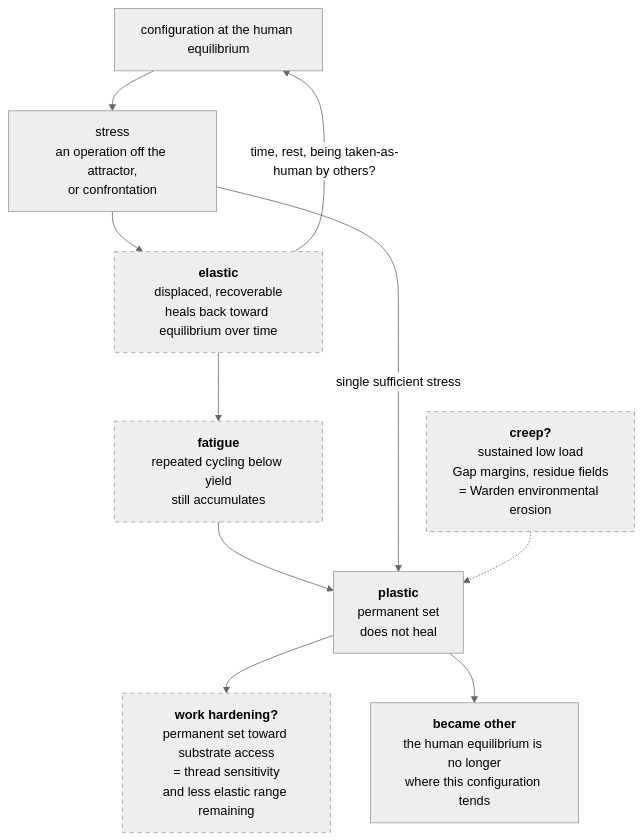
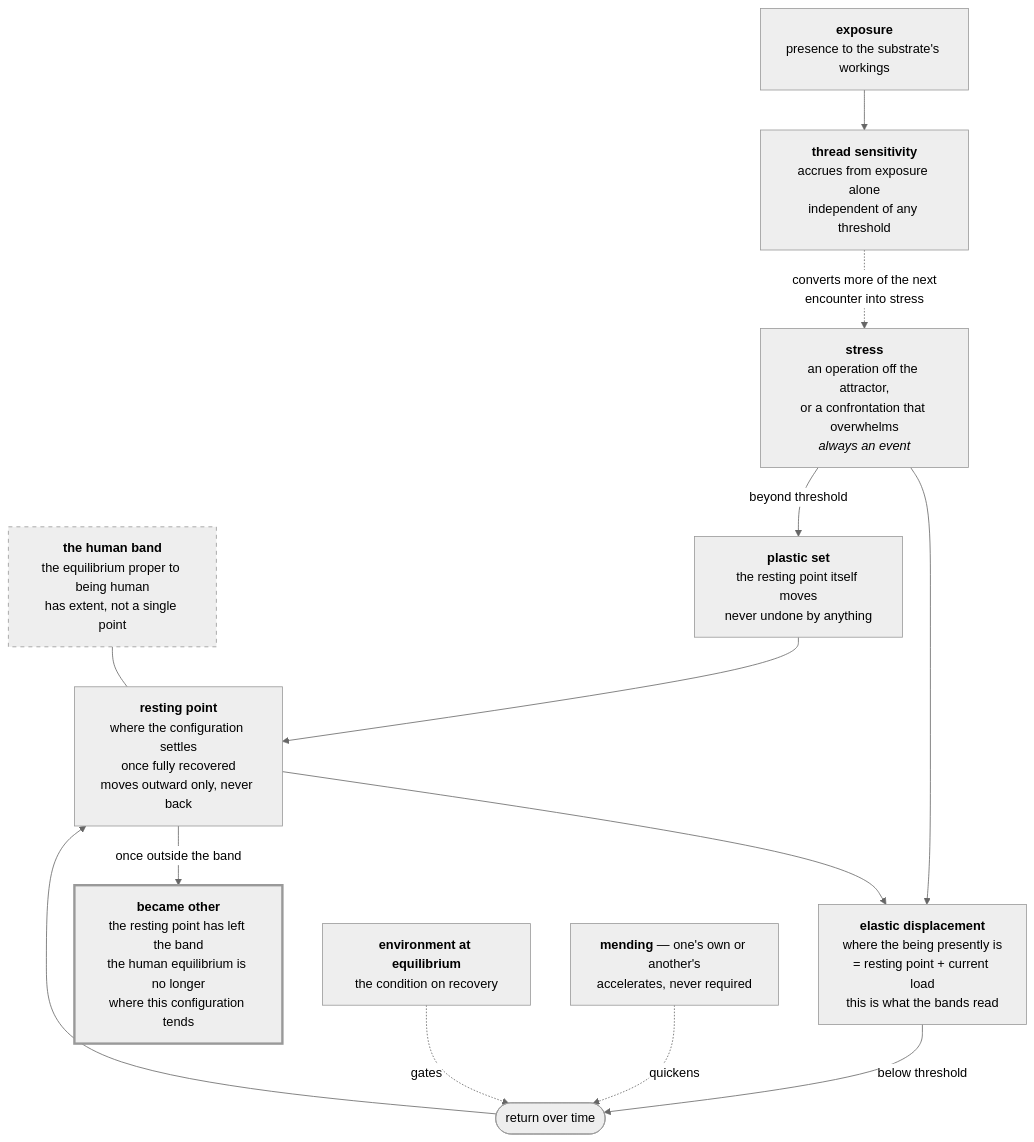
The fifth of 8 diagrams in canon/philosophy/DIAGRAM.md (jordanelias/ttrpg), drawn with Mermaid (neutral theme) before and after one commit. The commit also changed other lines of this file and 5 other files, not shown here.

````diff
--- a/canon/philosophy/DIAGRAM.md
+++ b/canon/philosophy/DIAGRAM.md
@@ -145,24 +147,30 @@
 ```mermaid
 flowchart TD
-    E0["configuration at the human equilibrium"]
-    STR["stress<br/>an operation off the attractor,<br/>or confrontation"]
-    EL["<b>elastic</b><br/>displaced, recoverable<br/>heals back toward equilibrium over time"]
-    FAT["<b>fatigue</b><br/>repeated cycling below yield<br/>still accumulates"]
-    PL["<b>plastic</b><br/>permanent set<br/>does not heal"]
-    WH["<b>work hardening?</b><br/>permanent set toward substrate access<br/>= thread sensitivity<br/>and less elastic range remaining"]
-    CR["<b>creep?</b><br/>sustained low load<br/>Gap margins, residue fields<br/>= Warden environmental erosion"]
-    OTH["<b>became other</b><br/>the human equilibrium is no longer<br/>where this configuration tends"]
+    BAND["<b>the human band</b><br/>the equilibrium proper to being human<br/>has extent, not a single point"]
+    Z["<b>resting point</b><br/>where the configuration settles<br/>once fully recovered<br/>moves outward only, never back"]
+    STR["<b>stress</b><br/>an operation off the attractor,<br/>or a confrontation that overwhelms<br/><i>always an event</i>"]
+    EL["<b>elastic displacement</b><br/>where the being presently is<br/>= resting point + current load<br/>this is what the bands read"]
+    PL["<b>plastic set</b><br/>the resting point itself moves<br/>never undone by anything"]
+    OTH["<b>became other</b><br/>the resting point has left the band<br/>the human equilibrium is no longer<br/>where this configuration tends"]
 
-    E0 --> STR --> EL
-    EL -->|"time, rest, being taken-as-human by others?"| E0
-    EL --> FAT --> PL
-    STR -->|"single sufficient stress"| PL
-    CR -.-> PL
-    PL --> WH
-    PL --> OTH
+    SENS["<b>thread sensitivity</b><br/>accrues from exposure alone<br/>independent of any threshold"]
+    ENV["<b>environment at equilibrium</b><br/>the condition on recovery"]
+    MEND["<b>mending</b> — one's own or another's<br/>accelerates, never required"]
 
-    style EL stroke-dasharray: 5 5
-    style FAT stroke-dasharray: 5 5
-    style WH stroke-dasharray: 5 5
-    style CR stroke-dasharray: 5 5
+    BAND --- Z
+    Z --> EL
+    STR --> EL
+    EL -->|"below threshold"| REC(["return over time"])
+    REC --> Z
+    ENV -.->|"gates"| REC
+    MEND -.->|"quickens"| REC
+    STR -->|"beyond threshold"| PL
+    PL --> Z
+    Z -->|"once outside the band"| OTH
+
+    EXP["<b>exposure</b><br/>presence to the substrate's workings"] --> SENS
+    SENS -.->|"converts more of the next<br/>encounter into stress"| STR
+
+    style OTH stroke-width:3px
+    style BAND stroke-dasharray: 5 5
 ```
````
